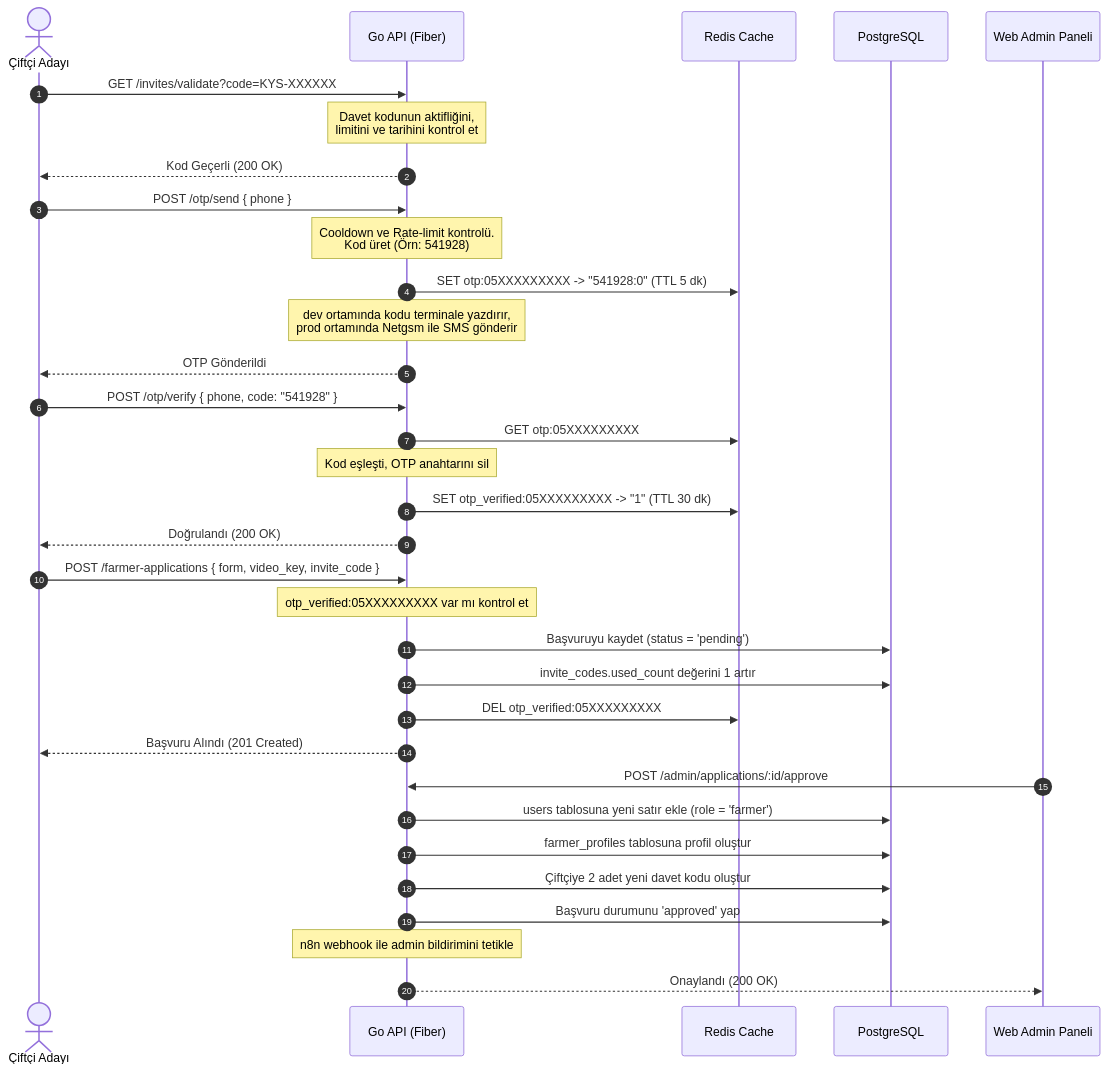
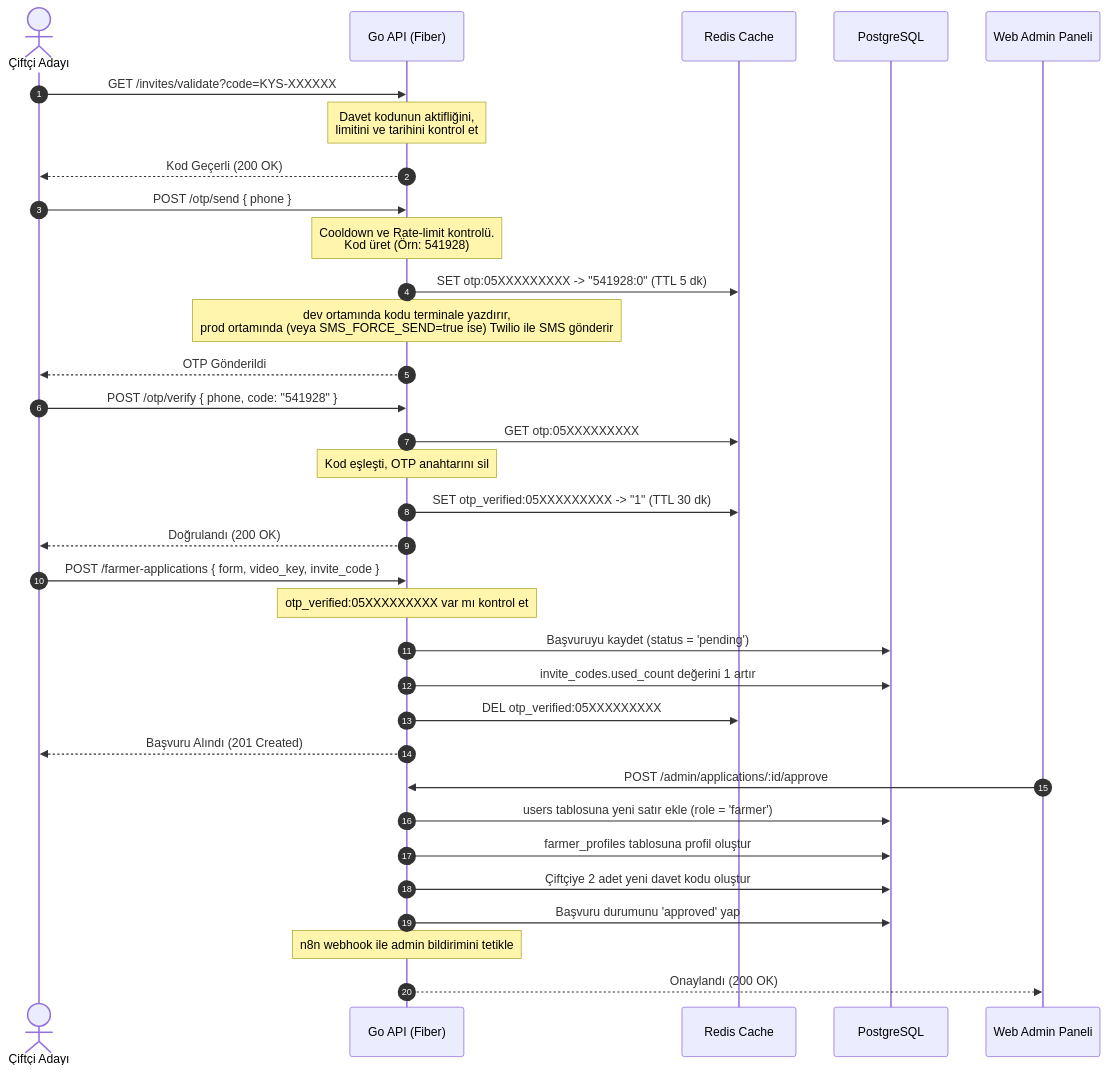
Before and after one commit to furkan-brk/koyden-sehire-mobil: the diagram in docs/gemini/04_AUTH_AND_OTP_FLOW.md, drawn with Mermaid. The commit also changed 45 other files, not shown here.

First line of the commit message:
feat: SMS sağlayıcısı Twilio ile değiştirildi ve Deep Link/Paylaşım desteği eklendi

````diff
--- a/docs/gemini/04_AUTH_AND_OTP_FLOW.md
+++ b/docs/gemini/04_AUTH_AND_OTP_FLOW.md
@@ -72,40 +72,40 @@
 ```mermaid
 sequenceDiagram
     autonumber
     actor Farmer as Çiftçi Adayı
     participant API as Go API (Fiber)
     participant Redis as Redis Cache
     participant DB as PostgreSQL
     participant Admin as Web Admin Paneli
 
     Farmer->>API: GET /invites/validate?code=KYS-XXXXXX
     Note over API: Davet kodunun aktifliğini,<br/>limitini ve tarihini kontrol et
     API-->>Farmer: Kod Geçerli (200 OK)
 
     Farmer->>API: POST /otp/send { phone }
     Note over API: Cooldown ve Rate-limit kontrolü.<br/>Kod üret (Örn: 541928)
     API->>Redis: SET otp:05XXXXXXXXX -> "541928:0" (TTL 5 dk)
-    Note over API: dev ortamında kodu terminale yazdırır,<br/>prod ortamında Netgsm ile SMS gönderir
+    Note over API: dev ortamında kodu terminale yazdırır,<br/>prod ortamında (veya SMS_FORCE_SEND=true ise) Twilio ile SMS gönderir
     API-->>Farmer: OTP Gönderildi
 
     Farmer->>API: POST /otp/verify { phone, code: "541928" }
     API->>Redis: GET otp:05XXXXXXXXX
     Note over API: Kod eşleşti, OTP anahtarını sil
     API->>Redis: SET otp_verified:05XXXXXXXXX -> "1" (TTL 30 dk)
     API-->>Farmer: Doğrulandı (200 OK)
 
     Farmer->>API: POST /farmer-applications { form, video_key, invite_code }
     Note over API: otp_verified:05XXXXXXXXX var mı kontrol et
     API->>DB: Başvuruyu kaydet (status = 'pending')
     API->>DB: invite_codes.used_count değerini 1 artır
     API->>Redis: DEL otp_verified:05XXXXXXXXX
     API-->>Farmer: Başvuru Alındı (201 Created)
 
     Admin->>API: POST /admin/applications/:id/approve
     API->>DB: users tablosuna yeni satır ekle (role = 'farmer')
     API->>DB: farmer_profiles tablosuna profil oluştur
     API->>DB: Çiftçiye 2 adet yeni davet kodu oluştur
     API->>DB: Başvuru durumunu 'approved' yap
     Note over API: n8n webhook ile admin bildirimini tetikle
     API-->>Admin: Onaylandı (200 OK)
 ```
````
